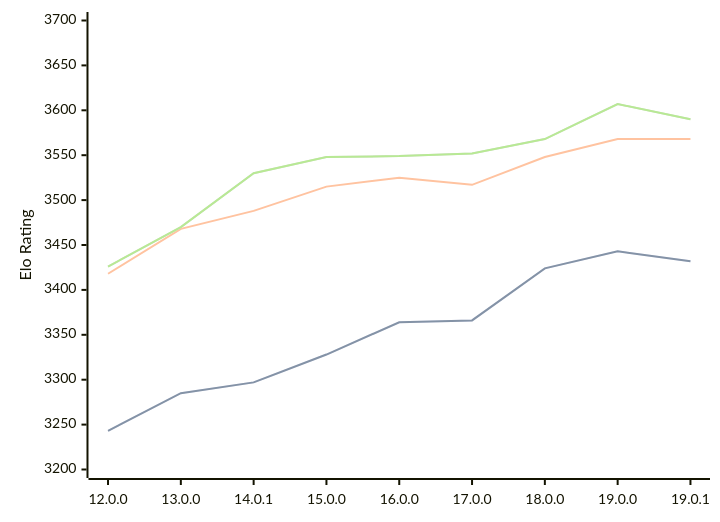
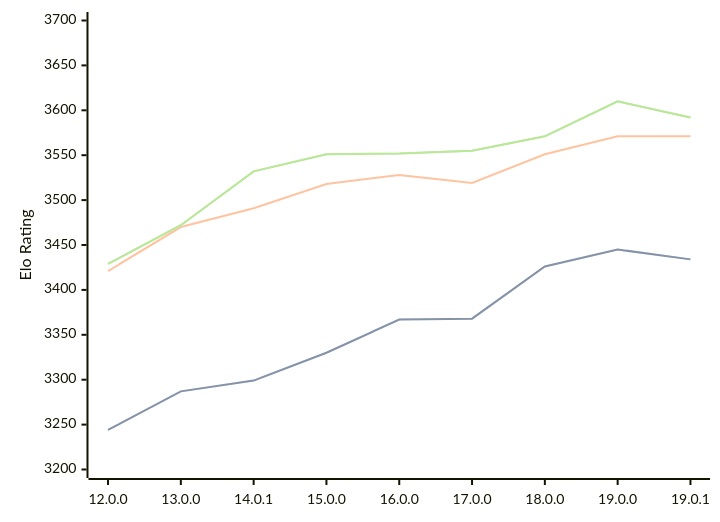
One commit to computer-chess-index/cci changed the diagram in engines/Viridithas.md. Above: the diagram before and after it, drawn with Mermaid. The commit also changed other lines of this file, not shown here.

Commit message:
Update CCI Ratings (ELO VLTC) - 2026-02-20

````diff
--- a/engines/Viridithas.md
+++ b/engines/Viridithas.md
@@ -60,11 +60,11 @@
 ```mermaid
 %%{init: {"theme":"base","themeVariables":{"seriesColors:['#a3a3a3','#222221','#faa371']}}}%%
 xychart-beta
   x-axis ["12.0.0", "13.0.0", "14.0.1", "15.0.0", "16.0.0", "17.0.0", "18.0.0", "19.0.0", "19.0.1"]
   y-axis "Elo Rating" 3200 --> 3700
-  line "STC (8.0+0.08s)" [3243, 3285, 3297, 3328, 3364, 3366, 3424, 3443, 3432]
-  line "STC (8.0+0.08s)" [3243, 3285, 3297, 3328, 3364, 3366, 3424, 3443, 3432]
-  line "LTC (60.0+0.60s)" [3418, 3468, 3488, 3515, 3525, 3517, 3548, 3568, 3568]
-  line "VLTC (2m24s+1.12s)" [3426, 3470, 3530, 3548, 3549, 3552, 3568, 3607, 3590]
-  line "VLTC (2m24s+1.12s)" [3426, 3470, 3530, 3548, 3549, 3552, 3568, 3607, 3590]
+  line "STC (8.0+0.08s)" [3244, 3287, 3299, 3330, 3367, 3368, 3426, 3445, 3434]
+  line "STC (8.0+0.08s)" [3244, 3287, 3299, 3330, 3367, 3368, 3426, 3445, 3434]
+  line "LTC (60.0+0.60s)" [3421, 3470, 3491, 3518, 3528, 3519, 3551, 3571, 3571]
+  line "VLTC (2m24s+1.12s)" [3429, 3472, 3532, 3551, 3552, 3555, 3571, 3610, 3592]
+  line "VLTC (2m24s+1.12s)" [3429, 3472, 3532, 3551, 3552, 3555, 3571, 3610, 3592]
 ```
````
